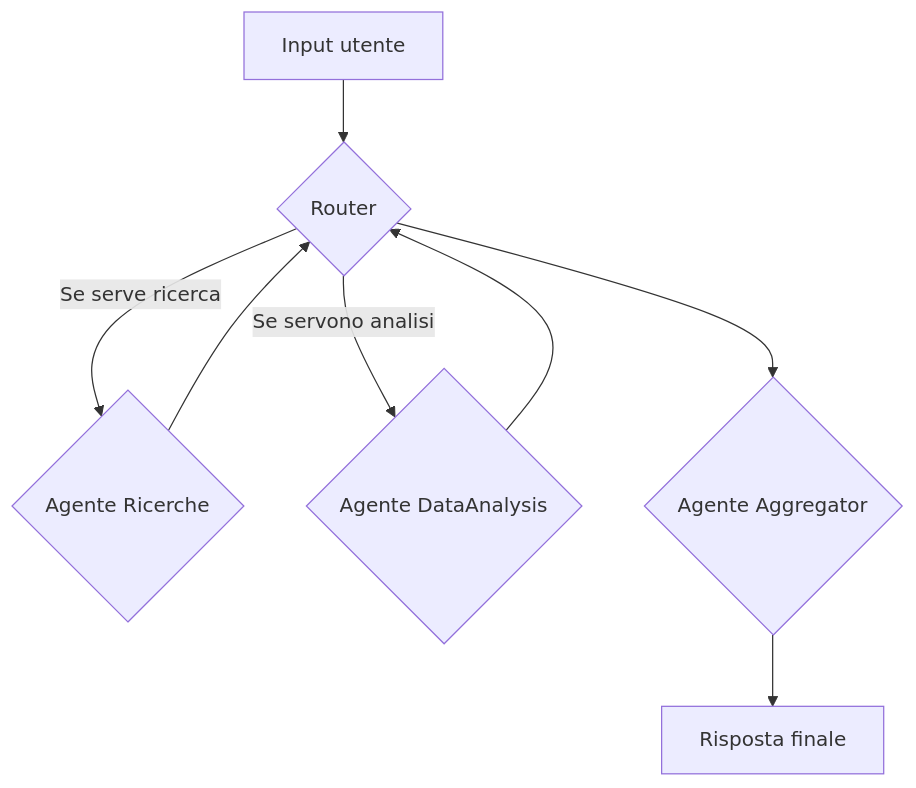
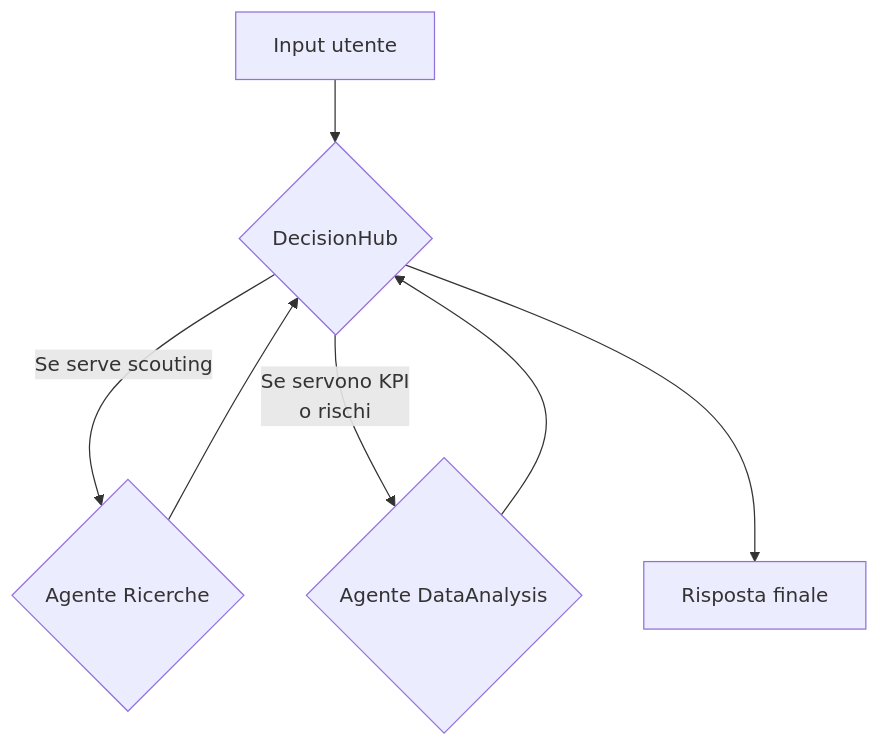
One commit to Rkomi98/Datapizza changed the first of 2 diagrams in DatapizzAI/PizzAI/Agents/README_AGENT_COMPLETE_GUIDE.md. Above: the diagram before and after it, drawn with Mermaid. The commit also changed other lines of this file and 2 other files, not shown here.

````diff
--- a/DatapizzAI/PizzAI/Agents/README_AGENT_COMPLETE_GUIDE.md
+++ b/DatapizzAI/PizzAI/Agents/README_AGENT_COMPLETE_GUIDE.md
@@ -78,10 +78,10 @@
 ```mermaid
 graph TD
-    U["Input utente"] --> T{"Router"}
-    T -->|Se serve ricerca| R{"Agente Ricerche"}
-    T -->|Se servono analisi| D{"Agente DataAnalysis"}
-    R --> T
-    D --> T
-    T --> G{"Agente Aggregator"}
-    G --> F["Risposta finale"]
+    U["Input utente"] --> H{"DecisionHub"}
+    H -->|Se serve scouting| R{"Agente Ricerche"}
+    H -->|Se servono KPI
+ o rischi| D{"Agente DataAnalysis"}
+    R --> H
+    D --> H
+    H --> F["Risposta finale"]
 ```
````
